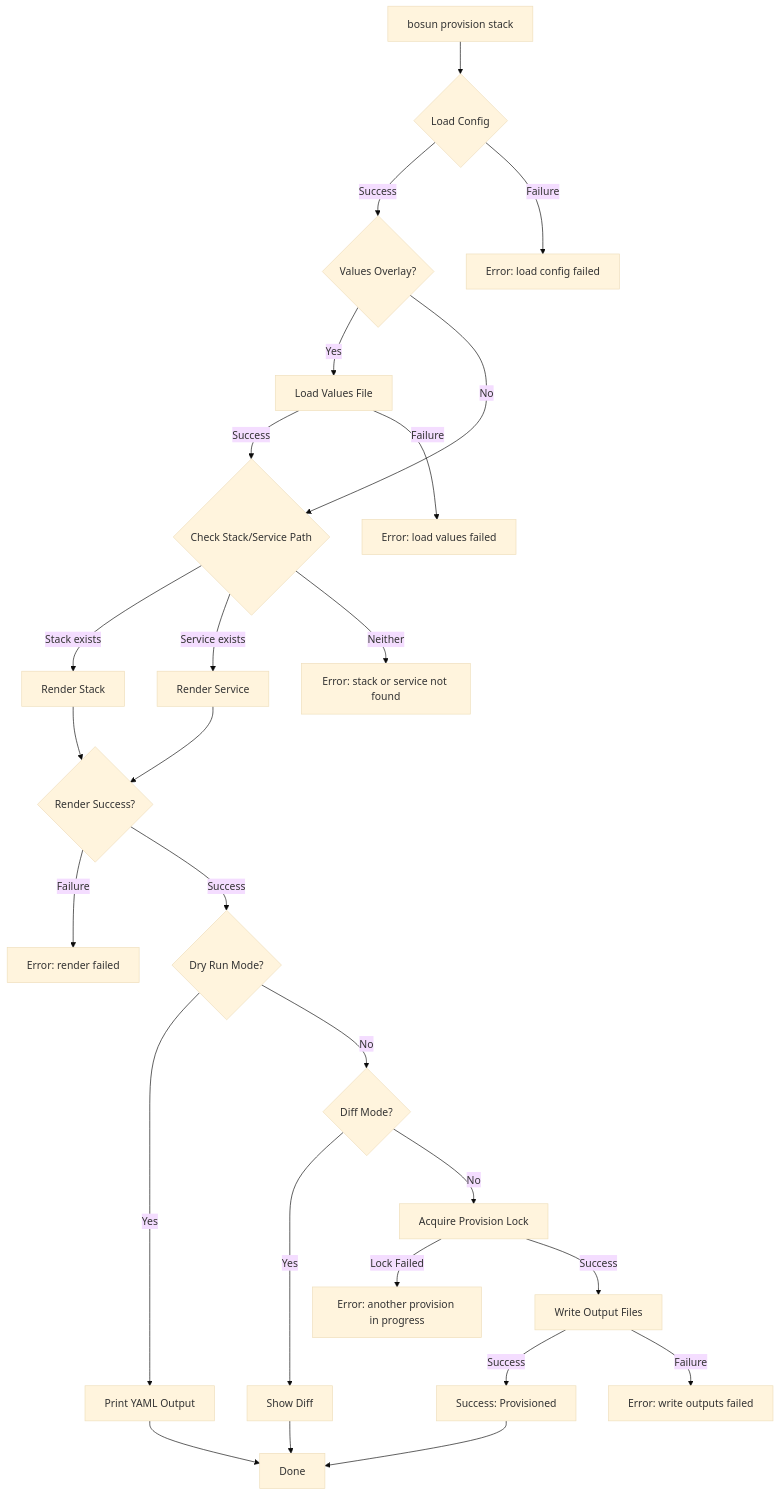
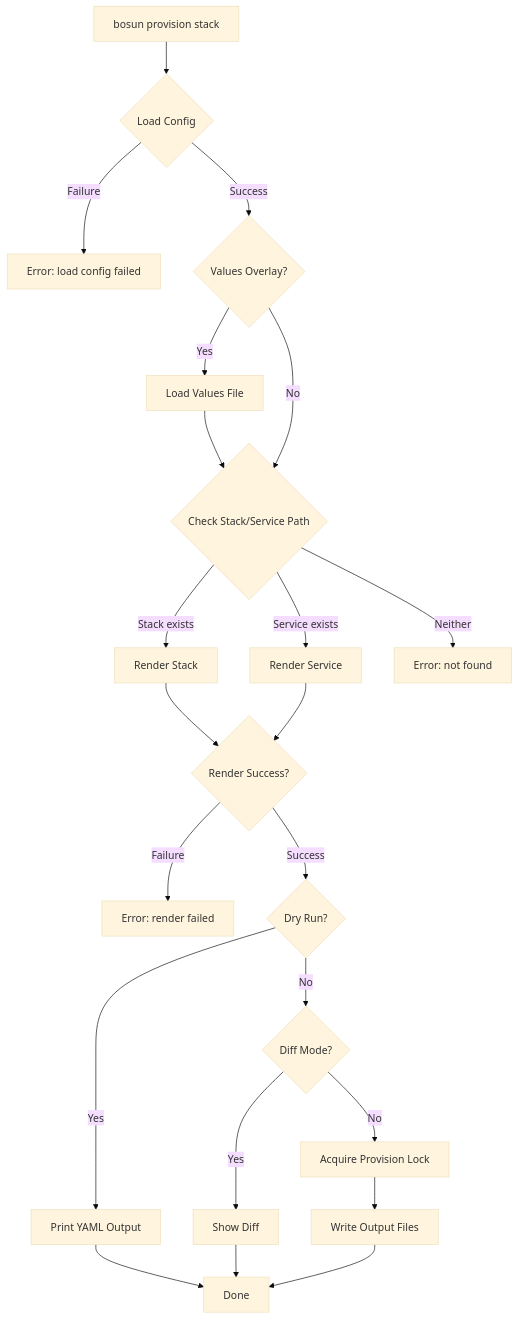
One commit to cameronsjo/bosun changed the first of 7 diagrams in docs/workflows.md. Above: the diagram before and after it, drawn with Mermaid (base theme). The commit also changed other lines of this file and 8 other files, not shown here.

First line of the commit message:
docs: modernize mermaid diagrams across all docs

````diff
--- a/docs/workflows.md
+++ b/docs/workflows.md
@@ -27,37 +27,31 @@
 ```mermaid
 flowchart TD
-    A[bosun provision stack] --> B{Load Config}
-    B -->|Success| C{Values Overlay?}
-    B -->|Failure| B_ERR[Error: load config failed]
+    Start[bosun provision stack] --> LoadConfig{Load Config}
+    LoadConfig -->|Failure| ConfigErr[Error: load config failed]
+    LoadConfig -->|Success| CheckValues{Values Overlay?}
 
-    C -->|Yes| D[Load Values File]
-    C -->|No| E{Check Stack/Service Path}
-    D -->|Success| E
-    D -->|Failure| D_ERR[Error: load values failed]
+    CheckValues -->|Yes| LoadValues[Load Values File]
+    CheckValues -->|No| CheckPath{Check Stack/Service Path}
+    LoadValues --> CheckPath
 
-    E -->|Stack exists| F[Render Stack]
-    E -->|Service exists| G[Render Service]
-    E -->|Neither| E_ERR[Error: stack or service not found]
+    CheckPath -->|Stack exists| RenderStack[Render Stack]
+    CheckPath -->|Service exists| RenderService[Render Service]
+    CheckPath -->|Neither| PathErr[Error: not found]
 
-    F --> H{Render Success?}
-    G --> H
+    RenderStack --> RenderCheck{Render Success?}
+    RenderService --> RenderCheck
 
-    H -->|Failure| H_ERR[Error: render failed]
-    H -->|Success| I{Dry Run Mode?}
+    RenderCheck -->|Failure| RenderErr[Error: render failed]
+    RenderCheck -->|Success| DryRun{Dry Run?}
 
-    I -->|Yes| J[Print YAML Output]
-    I -->|No| K{Diff Mode?}
+    DryRun -->|Yes| PrintYAML[Print YAML Output]
+    DryRun -->|No| DiffMode{Diff Mode?}
 
-    K -->|Yes| L[Show Diff]
-    K -->|No| M[Acquire Provision Lock]
+    DiffMode -->|Yes| ShowDiff[Show Diff]
+    DiffMode -->|No| AcquireLock[Acquire Provision Lock]
 
-    M -->|Lock Failed| M_ERR[Error: another provision in progress]
-    M -->|Success| N[Write Output Files]
-
-    N -->|Success| O[Success: Provisioned]
-    N -->|Failure| N_ERR[Error: write outputs failed]
-
-    J --> DONE[Done]
-    L --> DONE
-    O --> DONE
+    AcquireLock --> WriteFiles[Write Output Files]
+    WriteFiles --> Done[Done]
+    PrintYAML --> Done
+    ShowDiff --> Done
 ```
````
